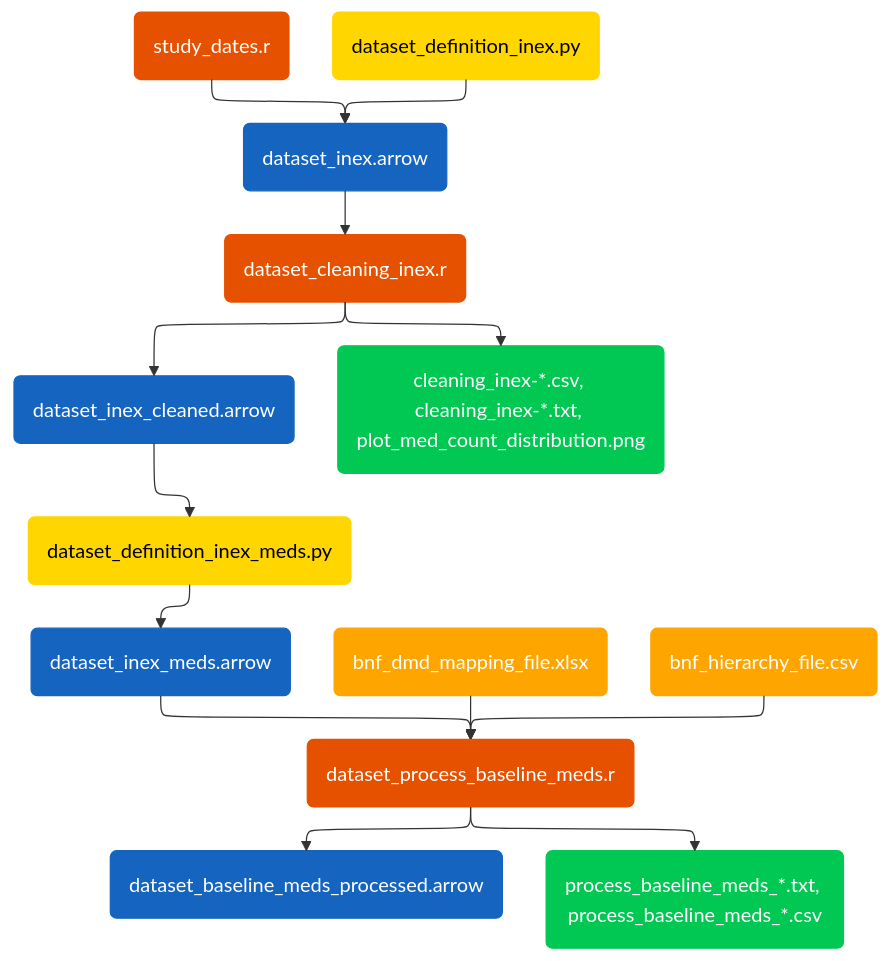
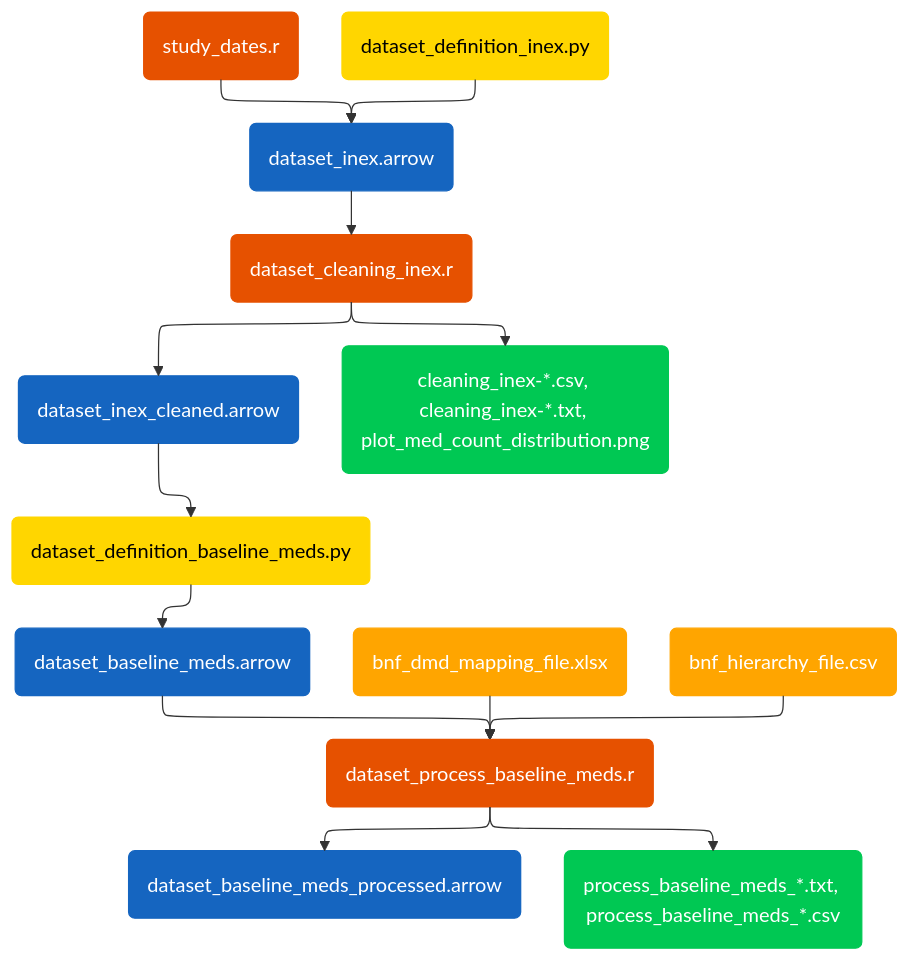
One commit to matt-letts/ckd-deprescribing changed the diagram in docs/pipeline_diagram.mmd. Above: the diagram before and after it, drawn with Mermaid. The commit also changed 4 other files, not shown here.

Commit message:
updated inex_meds to baseline_meds in all references

```diff
--- a/docs/pipeline_diagram.mmd
+++ b/docs/pipeline_diagram.mmd
@@ -1,46 +1,46 @@
 ---
 config:
   layout: elk
   elk:
     mergeEdges: true
     nodePlacementStrategy: LINEAR_SEGMENTS
 ---
 flowchart TD
     %% define nodes
     a1("study_dates.r"):::R
     a2("dataset_definition_inex.py"):::ehrql
     %% p1("openSAFELY-TPP backend"):::openSAFELY
     d1("dataset_inex.arrow"):::data
     a3("dataset_cleaning_inex.r"):::R
     d2("dataset_inex_cleaned.arrow"):::data
     o1("cleaning_inex-*.csv, cleaning_inex-*.txt, plot_med_count_distribution.png"):::output
-    a4("dataset_definition_inex_meds.py"):::ehrql
+    a4("dataset_definition_baseline_meds.py"):::ehrql
     %% p2("openSAFELY-TPP backend"):::openSAFELY
-    d3("dataset_inex_meds.arrow"):::data
+    d3("dataset_baseline_meds.arrow"):::data
     a5("dataset_process_baseline_meds.r"):::R
     e3("bnf_dmd_mapping_file.xlsx"):::external
     e4("bnf_hierarchy_file.csv"):::external
     d4("dataset_baseline_meds_processed.arrow"):::data
     o2("process_baseline_meds_*.txt, process_baseline_meds_*.csv"):::output
 
     %% a = analysis, d = data, o = output, p = patients, e = external file
     %% connect nodes
     
     %% p1 & 
     a1 & a2 --> d1
     d1 --> a3 --> o1 & d2
     %% p2 &
     d2 --> a4 --> d3 
     d3 & e3 & e4 --> a5
     a5 --> d4 & o2
 
     %% colour scheme
     %% classDef openSAFELY color:#FFFFFF, fill:#212121, stroke:#212121
     classDef ehrql color:#000000, fill:#FFD600, stroke:#FFD600
     classDef R color:#FFFFFF, fill:#E65100, stroke:#E65100
     classDef data color:#FFFFFF, fill:#1565C0, stroke:#1565C0
     classDef output color:#FFFFFF, fill:#00C853, stroke:#00C853
     classDef external color:#FFFFFF, fill:#FFA500, stroke:#FFA500
 
 %% to render this type into powershell terminal
 %% mmdc -i docs/pipeline_diagram.mmd -o docs/pipeline_diagram.svg
```
